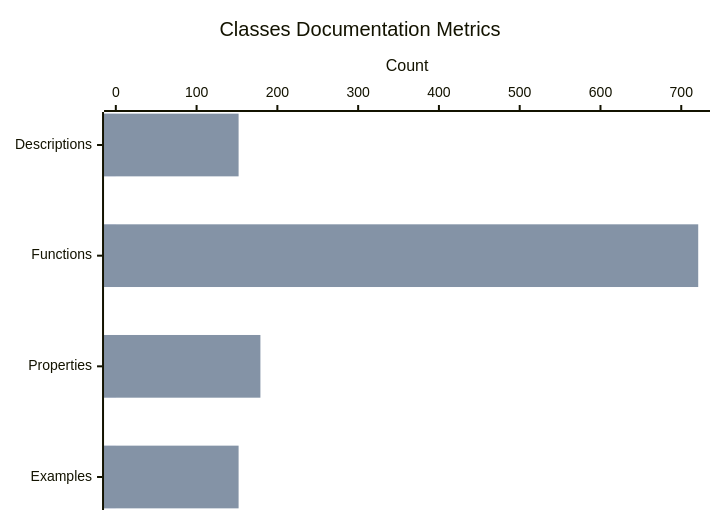
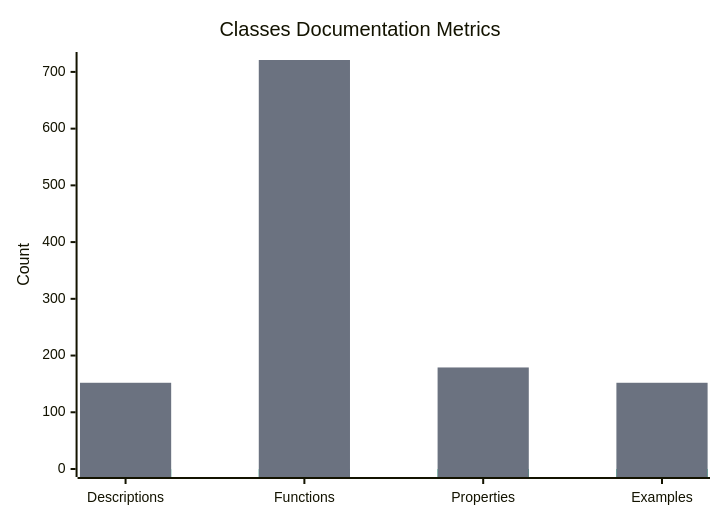
One commit to synthotec/synthotec.github.io changed the second of 4 diagrams in Documentation/SynthoTec-4D/Overview.md. Above: the diagram before and after it, drawn with Mermaid. The commit also changed other lines of this file, not shown here.

First line of the commit message:
Update documentation metrics charts and timestamp

````diff
--- a/Documentation/SynthoTec-4D/Overview.md
+++ b/Documentation/SynthoTec-4D/Overview.md
@@ -30,9 +30,9 @@
 ```mermaid
-%%{init: {'theme':'base', 'themeVariables': {'xyChart': {'backgroundColor': 'transparent'}}}}%%
-xychart-beta horizontal
+%%{init: {'theme':'base', 'themeVariables': {'xyChart': {'backgroundColor': 'transparent', 'plotColorPalette': '#10b981, #6b7280'}}}}%%
+xychart-beta
     title "Classes Documentation Metrics"
     x-axis ["Descriptions", "Functions", "Properties", "Examples"]
     y-axis "Count" 0 --> 721
     bar [0, 0, 0, 0]
     bar [152, 721, 179, 152]
 ```
````
